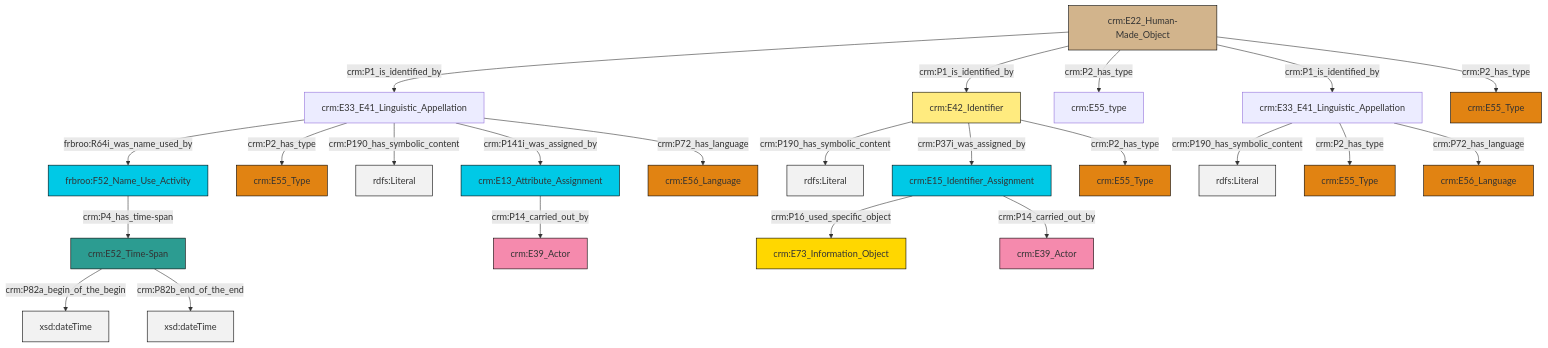
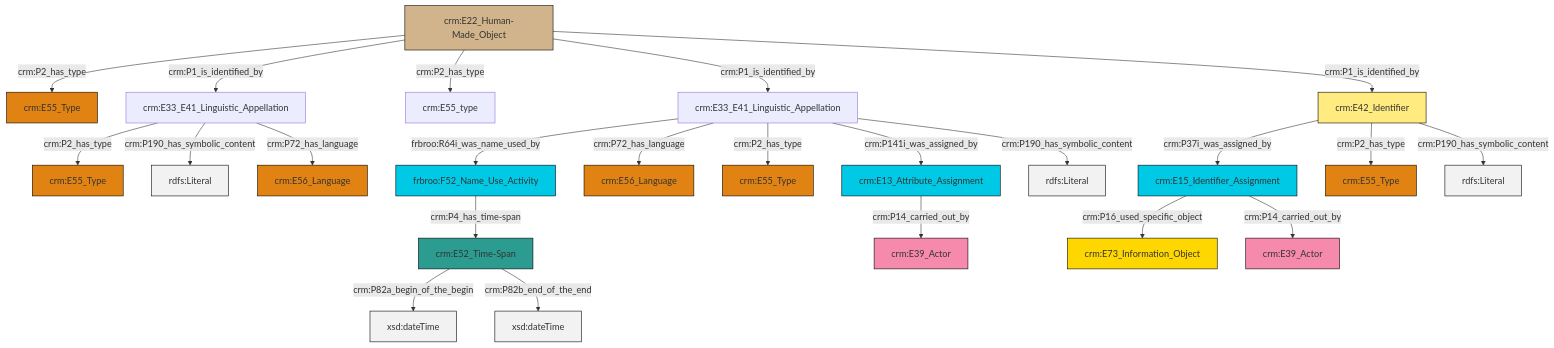
Before and after one commit to swiss-art-research-net/reference-data-models: the diagram in et/artworkCSV/ttl/mmd/Artwork_Name.ttl.mmd, drawn with Mermaid. The commit also changed 128 other files, not shown here.

```diff
--- a/et/artworkCSV/ttl/mmd/Artwork_Name.ttl.mmd
+++ b/et/artworkCSV/ttl/mmd/Artwork_Name.ttl.mmd
@@ -1,37 +1,37 @@
 graph TD
 classDef Literal fill:#f2f2f2,stroke:#000000;
 classDef CRM_Entity fill:#FFFFFF,stroke:#000000;
 classDef Temporal_Entity fill:#00C9E6, stroke:#000000;
 classDef Type fill:#E18312, stroke:#000000;
 classDef Time-Span fill:#2C9C91, stroke:#000000;
 classDef Appellation fill:#FFEB7F, stroke:#000000;
 classDef Place fill:#008836, stroke:#000000;
 classDef Persistent_Item fill:#B266B2, stroke:#000000;
 classDef Conceptual_Object fill:#FFD700, stroke:#000000;
 classDef Physical_Thing fill:#D2B48C, stroke:#000000;
 classDef Actor fill:#f58aad, stroke:#000000;
 classDef PC_Classes fill:#4ce600, stroke:#000000;
 classDef Multi fill:#cccccc,stroke:#000000;
 
-4["crm:E42_Identifier"]:::Appellation -->|crm:P190_has_symbolic_content| 5[rdfs:Literal]:::Literal
-6["crm:E52_Time-Span"]:::Time-Span -->|crm:P82a_begin_of_the_begin| 7[xsd:dateTime]:::Literal
-4["crm:E42_Identifier"]:::Appellation -->|crm:P37i_was_assigned_by| 8["crm:E15_Identifier_Assignment"]:::Temporal_Entity
-8["crm:E15_Identifier_Assignment"]:::Temporal_Entity -->|crm:P16_used_specific_object| 9["crm:E73_Information_Object"]:::Conceptual_Object
-12["crm:E33_E41_Linguistic_Appellation"]:::Default -->|crm:P190_has_symbolic_content| 13[rdfs:Literal]:::Literal
-14["crm:E33_E41_Linguistic_Appellation"]:::Default -->|frbroo:R64i_was_name_used_by| 15["frbroo:F52_Name_Use_Activity"]:::Temporal_Entity
-18["crm:E22_Human-Made_Object"]:::Physical_Thing -->|crm:P1_is_identified_by| 14["crm:E33_E41_Linguistic_Appellation"]:::Default
-14["crm:E33_E41_Linguistic_Appellation"]:::Default -->|crm:P2_has_type| 20["crm:E55_Type"]:::Type
-4["crm:E42_Identifier"]:::Appellation -->|crm:P2_has_type| 21["crm:E55_Type"]:::Type
-16["crm:E13_Attribute_Assignment"]:::Temporal_Entity -->|crm:P14_carried_out_by| 10["crm:E39_Actor"]:::Actor
-8["crm:E15_Identifier_Assignment"]:::Temporal_Entity -->|crm:P14_carried_out_by| 23["crm:E39_Actor"]:::Actor
-18["crm:E22_Human-Made_Object"]:::Physical_Thing -->|crm:P1_is_identified_by| 4["crm:E42_Identifier"]:::Appellation
-12["crm:E33_E41_Linguistic_Appellation"]:::Default -->|crm:P2_has_type| 2["crm:E55_Type"]:::Type
-18["crm:E22_Human-Made_Object"]:::Physical_Thing -->|crm:P2_has_type| 29["crm:E55_type"]:::Default
-14["crm:E33_E41_Linguistic_Appellation"]:::Default -->|crm:P190_has_symbolic_content| 30[rdfs:Literal]:::Literal
-15["frbroo:F52_Name_Use_Activity"]:::Temporal_Entity -->|crm:P4_has_time-span| 6["crm:E52_Time-Span"]:::Time-Span
-14["crm:E33_E41_Linguistic_Appellation"]:::Default -->|crm:P141i_was_assigned_by| 16["crm:E13_Attribute_Assignment"]:::Temporal_Entity
-12["crm:E33_E41_Linguistic_Appellation"]:::Default -->|crm:P72_has_language| 0["crm:E56_Language"]:::Type
-6["crm:E52_Time-Span"]:::Time-Span -->|crm:P82b_end_of_the_end| 40[xsd:dateTime]:::Literal
-18["crm:E22_Human-Made_Object"]:::Physical_Thing -->|crm:P1_is_identified_by| 12["crm:E33_E41_Linguistic_Appellation"]:::Default
-18["crm:E22_Human-Made_Object"]:::Physical_Thing -->|crm:P2_has_type| 25["crm:E55_Type"]:::Type
-14["crm:E33_E41_Linguistic_Appellation"]:::Default -->|crm:P72_has_language| 35["crm:E56_Language"]:::Type
+4["crm:E42_Identifier"]:::Appellation -->|crm:P37i_was_assigned_by| 5["crm:E15_Identifier_Assignment"]:::Temporal_Entity
+6["crm:E22_Human-Made_Object"]:::Physical_Thing -->|crm:P2_has_type| 7["crm:E55_Type"]:::Type
+8["crm:E13_Attribute_Assignment"]:::Temporal_Entity -->|crm:P14_carried_out_by| 2["crm:E39_Actor"]:::Actor
+10["crm:E52_Time-Span"]:::Time-Span -->|crm:P82a_begin_of_the_begin| 11[xsd:dateTime]:::Literal
+10["crm:E52_Time-Span"]:::Time-Span -->|crm:P82b_end_of_the_end| 12[xsd:dateTime]:::Literal
+14["crm:E33_E41_Linguistic_Appellation"]:::Default -->|crm:P2_has_type| 18["crm:E55_Type"]:::Type
+6["crm:E22_Human-Made_Object"]:::Physical_Thing -->|crm:P1_is_identified_by| 14["crm:E33_E41_Linguistic_Appellation"]:::Default
+20["crm:E33_E41_Linguistic_Appellation"]:::Default -->|frbroo:R64i_was_name_used_by| 16["frbroo:F52_Name_Use_Activity"]:::Temporal_Entity
+20["crm:E33_E41_Linguistic_Appellation"]:::Default -->|crm:P72_has_language| 0["crm:E56_Language"]:::Type
+4["crm:E42_Identifier"]:::Appellation -->|crm:P2_has_type| 24["crm:E55_Type"]:::Type
+16["frbroo:F52_Name_Use_Activity"]:::Temporal_Entity -->|crm:P4_has_time-span| 10["crm:E52_Time-Span"]:::Time-Span
+5["crm:E15_Identifier_Assignment"]:::Temporal_Entity -->|crm:P16_used_specific_object| 33["crm:E73_Information_Object"]:::Conceptual_Object
+20["crm:E33_E41_Linguistic_Appellation"]:::Default -->|crm:P2_has_type| 34["crm:E55_Type"]:::Type
+14["crm:E33_E41_Linguistic_Appellation"]:::Default -->|crm:P190_has_symbolic_content| 35[rdfs:Literal]:::Literal
+14["crm:E33_E41_Linguistic_Appellation"]:::Default -->|crm:P72_has_language| 28["crm:E56_Language"]:::Type
+6["crm:E22_Human-Made_Object"]:::Physical_Thing -->|crm:P2_has_type| 30["crm:E55_type"]:::Default
+5["crm:E15_Identifier_Assignment"]:::Temporal_Entity -->|crm:P14_carried_out_by| 26["crm:E39_Actor"]:::Actor
+6["crm:E22_Human-Made_Object"]:::Physical_Thing -->|crm:P1_is_identified_by| 20["crm:E33_E41_Linguistic_Appellation"]:::Default
+20["crm:E33_E41_Linguistic_Appellation"]:::Default -->|crm:P141i_was_assigned_by| 8["crm:E13_Attribute_Assignment"]:::Temporal_Entity
+20["crm:E33_E41_Linguistic_Appellation"]:::Default -->|crm:P190_has_symbolic_content| 40[rdfs:Literal]:::Literal
+6["crm:E22_Human-Made_Object"]:::Physical_Thing -->|crm:P1_is_identified_by| 4["crm:E42_Identifier"]:::Appellation
+4["crm:E42_Identifier"]:::Appellation -->|crm:P190_has_symbolic_content| 41[rdfs:Literal]:::Literal
```
